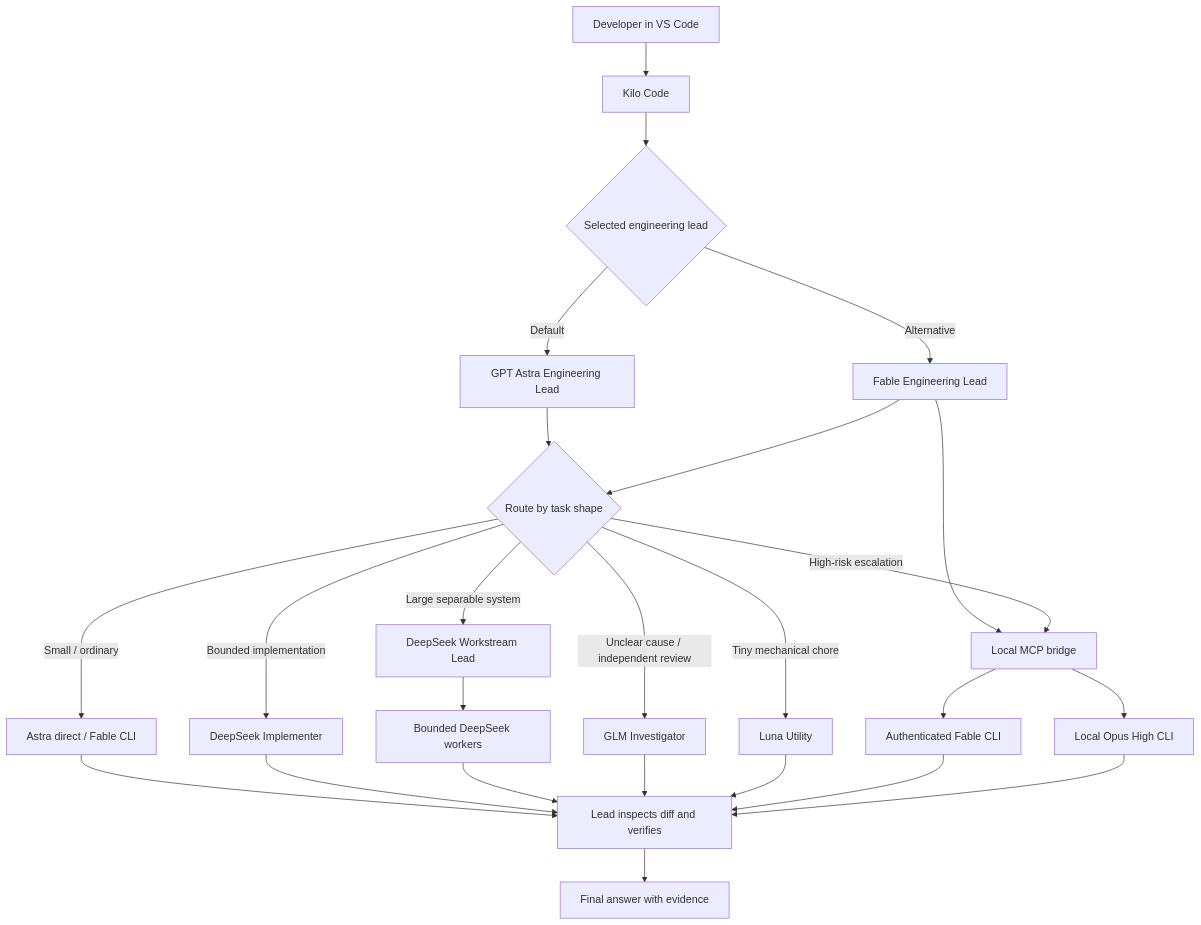
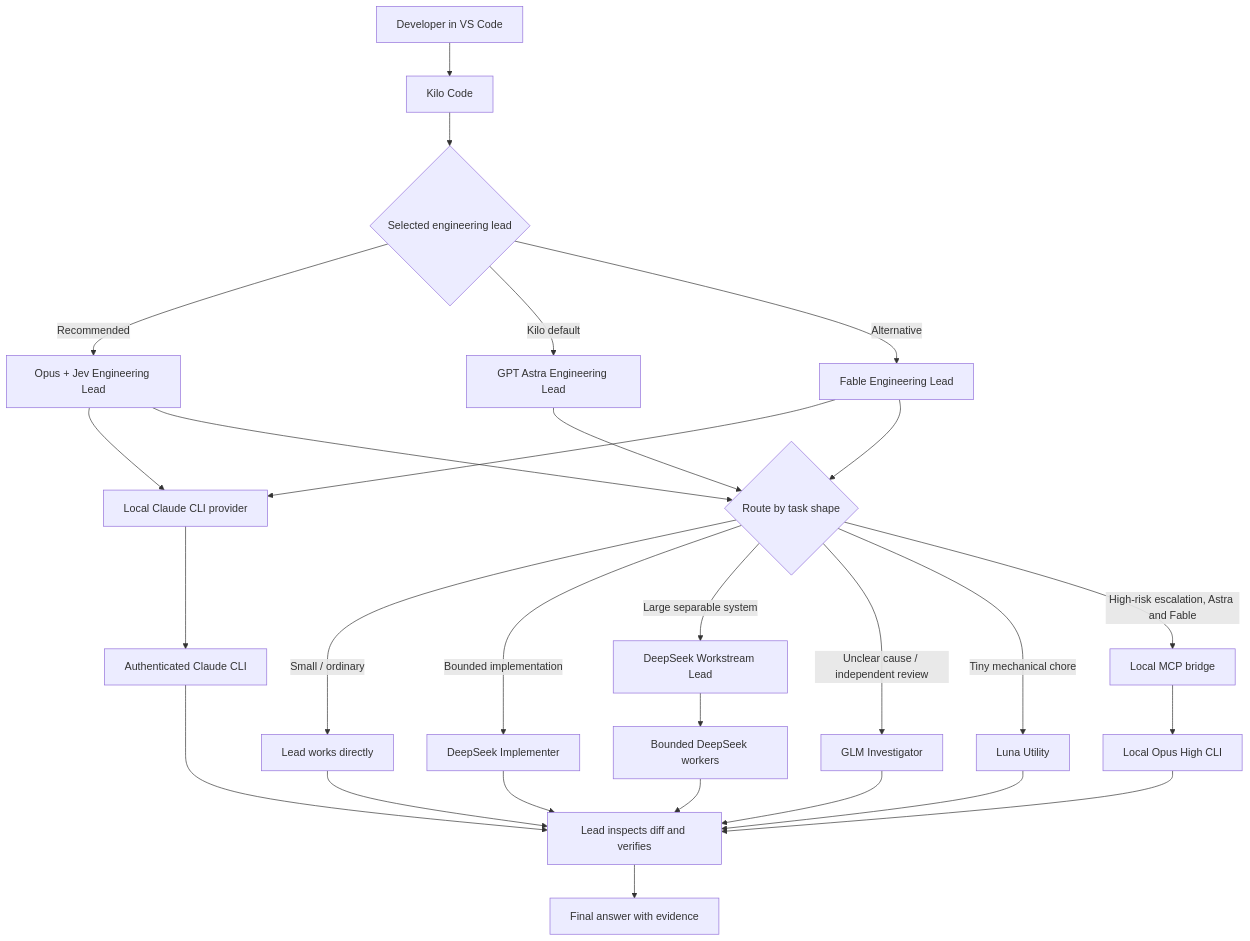
The diagram in README.md (shrikrishna-skg/vs-code-configuration), drawn with Mermaid before and after one commit. The commit also changed other lines of this file and 2 other files, not shown here.

Commit message:
Add architecture diagram, README navigation and dated configuration history

````diff
--- a/README.md
+++ b/README.md
@@ -13,29 +43,32 @@
 ```mermaid
 flowchart TD
     U[Developer in VS Code] --> K[Kilo Code]
     K --> A{Selected engineering lead}
-    A -->|Default| ASTRA[GPT Astra Engineering Lead]
+    A -->|Recommended| OJ[Opus + Jev Engineering Lead]
+    A -->|Kilo default| ASTRA[GPT Astra Engineering Lead]
     A -->|Alternative| FABLE[Fable Engineering Lead]
 
-    ASTRA --> R{Route by task shape}
-    FABLE --> MCP[Local MCP bridge]
-    MCP --> FCLI[Authenticated Fable CLI]
+    OJ --> PROV[Local Claude CLI provider]
+    FABLE --> PROV
+    PROV --> FCLI[Authenticated Claude CLI]
+    OJ --> R{Route by task shape}
+    ASTRA --> R
     FABLE --> R
-    R -->|Small / ordinary| DIRECT[Astra direct / Fable CLI]
+    R -->|Small / ordinary| DIRECT[Lead works directly]
     R -->|Bounded implementation| DS[DeepSeek Implementer]
     R -->|Large separable system| DSL[DeepSeek Workstream Lead]
     DSL --> DS2[Bounded DeepSeek workers]
     R -->|Unclear cause / independent review| GLM[GLM Investigator]
     R -->|Tiny mechanical chore| LUNA[Luna Utility]
-    R -->|High-risk escalation| MCP
+    R -->|High-risk escalation, Astra and Fable| MCP[Local MCP bridge]
     MCP --> OPUS[Local Opus High CLI]
 
     DIRECT --> V[Lead inspects diff and verifies]
     DS --> V
     DS2 --> V
     GLM --> V
     LUNA --> V
     FCLI --> V
     OPUS --> V
     V --> DONE[Final answer with evidence]
 ```
````
